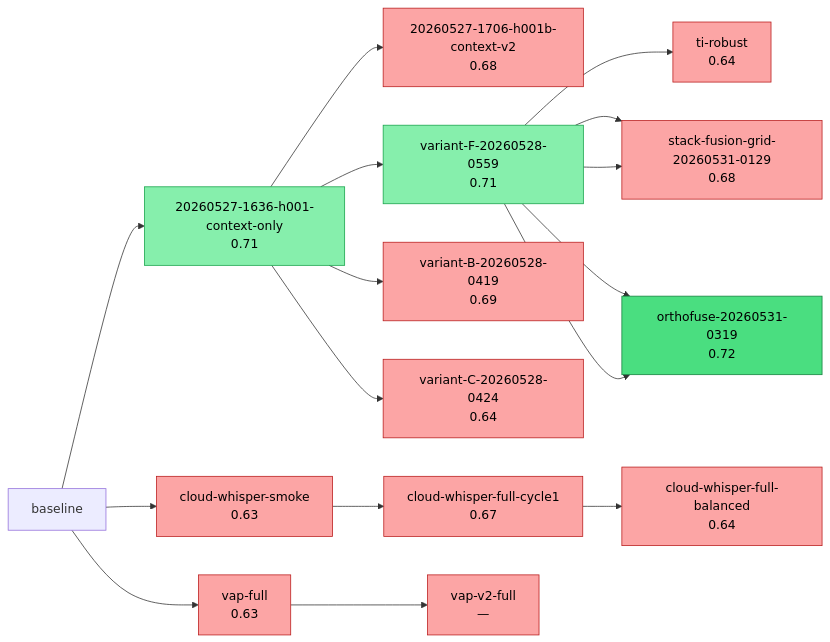
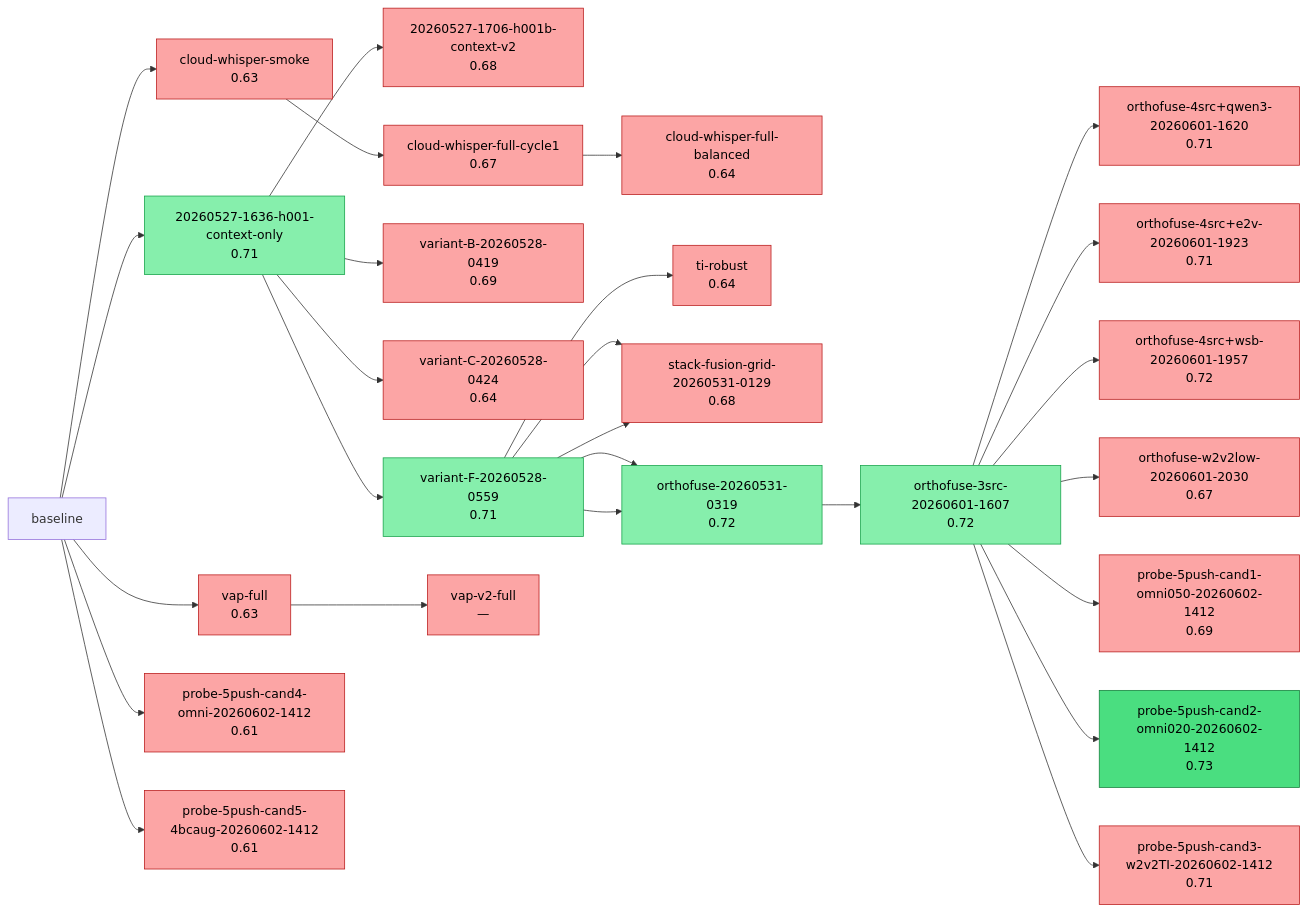
The diagram in docs/status/climb/research-tree.md (uukuguy/Audio-Classifier), drawn with Mermaid before and after one commit. The commit also changed other lines of this file and 33 other files, not shown here.

````diff
--- a/docs/status/climb/research-tree.md
+++ b/docs/status/climb/research-tree.md
@@ -67,52 +67,82 @@
 ```mermaid
 graph LR
     classDef sota fill:#4ade80,stroke:#15803d,color:#000
     classDef confirmed fill:#86efac,stroke:#16a34a,color:#000
     classDef falsified fill:#fca5a5,stroke:#b91c1c,color:#000
     classDef pending fill:#fde68a,stroke:#a16207,color:#000
     20260527_1636_h001_context_only["20260527-1636-h001-context-only<br/>0.71"]
     class 20260527_1636_h001_context_only confirmed
     20260527_1706_h001b_context_v2["20260527-1706-h001b-context-v2<br/>0.68"]
     class 20260527_1706_h001b_context_v2 falsified
     variant_F_20260528_0559["variant-F-20260528-0559<br/>0.71"]
     class variant_F_20260528_0559 confirmed
     variant_B_20260528_0419["variant-B-20260528-0419<br/>0.69"]
     class variant_B_20260528_0419 falsified
     variant_C_20260528_0424["variant-C-20260528-0424<br/>0.64"]
     class variant_C_20260528_0424 falsified
     cloud_whisper_smoke["cloud-whisper-smoke<br/>0.63"]
     class cloud_whisper_smoke falsified
     cloud_whisper_full_cycle1["cloud-whisper-full-cycle1<br/>0.67"]
     class cloud_whisper_full_cycle1 falsified
     cloud_whisper_full_balanced["cloud-whisper-full-balanced<br/>0.64"]
     class cloud_whisper_full_balanced falsified
     vap_full["vap-full<br/>0.63"]
     class vap_full falsified
     ti_robust["ti-robust<br/>0.64"]
     class ti_robust falsified
     vap_v2_full["vap-v2-full<br/>—"]
     class vap_v2_full falsified
     stack_fusion_grid_20260531_0129["stack-fusion-grid-20260531-0129<br/>0.68"]
     class stack_fusion_grid_20260531_0129 falsified
     orthofuse_20260531_0319["orthofuse-20260531-0319<br/>0.72"]
-    class orthofuse_20260531_0319 sota
+    class orthofuse_20260531_0319 confirmed
     stack_fusion_grid_20260531_0129["stack-fusion-grid-20260531-0129<br/>0.68"]
     class stack_fusion_grid_20260531_0129 falsified
     orthofuse_20260531_0319["orthofuse-20260531-0319<br/>0.72"]
-    class orthofuse_20260531_0319 sota
+    class orthofuse_20260531_0319 confirmed
+    orthofuse_3src_20260601_1607["orthofuse-3src-20260601-1607<br/>0.72"]
+    class orthofuse_3src_20260601_1607 confirmed
+    orthofuse_4src_qwen3_20260601_1620["orthofuse-4src+qwen3-20260601-1620<br/>0.71"]
+    class orthofuse_4src_qwen3_20260601_1620 falsified
+    orthofuse_4src_e2v_20260601_1923["orthofuse-4src+e2v-20260601-1923<br/>0.71"]
+    class orthofuse_4src_e2v_20260601_1923 falsified
+    orthofuse_4src_wsb_20260601_1957["orthofuse-4src+wsb-20260601-1957<br/>0.72"]
+    class orthofuse_4src_wsb_20260601_1957 falsified
+    orthofuse_w2v2low_20260601_2030["orthofuse-w2v2low-20260601-2030<br/>0.67"]
+    class orthofuse_w2v2low_20260601_2030 falsified
+    probe_5push_cand1_omni050_20260602_1412["probe-5push-cand1-omni050-20260602-1412<br/>0.69"]
+    class probe_5push_cand1_omni050_20260602_1412 falsified
+    probe_5push_cand2_omni020_20260602_1412["probe-5push-cand2-omni020-20260602-1412<br/>0.73"]
+    class probe_5push_cand2_omni020_20260602_1412 sota
+    probe_5push_cand3_w2v2TI_20260602_1412["probe-5push-cand3-w2v2TI-20260602-1412<br/>0.71"]
+    class probe_5push_cand3_w2v2TI_20260602_1412 falsified
+    probe_5push_cand4_omni_20260602_1412["probe-5push-cand4-omni-20260602-1412<br/>0.61"]
+    class probe_5push_cand4_omni_20260602_1412 falsified
+    probe_5push_cand5_4bcaug_20260602_1412["probe-5push-cand5-4bcaug-20260602-1412<br/>0.61"]
+    class probe_5push_cand5_4bcaug_20260602_1412 falsified
     baseline --> 20260527_1636_h001_context_only
     20260527_1636_h001_context_only --> 20260527_1706_h001b_context_v2
     20260527_1636_h001_context_only --> variant_F_20260528_0559
     20260527_1636_h001_context_only --> variant_B_20260528_0419
     20260527_1636_h001_context_only --> variant_C_20260528_0424
     baseline --> cloud_whisper_smoke
     cloud_whisper_smoke --> cloud_whisper_full_cycle1
     cloud_whisper_full_cycle1 --> cloud_whisper_full_balanced
     baseline --> vap_full
     variant_F_20260528_0559 --> ti_robust
     vap_full --> vap_v2_full
     variant_F_20260528_0559 --> stack_fusion_grid_20260531_0129
     variant_F_20260528_0559 --> orthofuse_20260531_0319
     variant_F_20260528_0559 --> stack_fusion_grid_20260531_0129
     variant_F_20260528_0559 --> orthofuse_20260531_0319
+    orthofuse_20260531_0319 --> orthofuse_3src_20260601_1607
+    orthofuse_3src_20260601_1607 --> orthofuse_4src_qwen3_20260601_1620
+    orthofuse_3src_20260601_1607 --> orthofuse_4src_e2v_20260601_1923
+    orthofuse_3src_20260601_1607 --> orthofuse_4src_wsb_20260601_1957
+    orthofuse_3src_20260601_1607 --> orthofuse_w2v2low_20260601_2030
+    orthofuse_3src_20260601_1607 --> probe_5push_cand1_omni050_20260602_1412
+    orthofuse_3src_20260601_1607 --> probe_5push_cand2_omni020_20260602_1412
+    orthofuse_3src_20260601_1607 --> probe_5push_cand3_w2v2TI_20260602_1412
+    baseline --> probe_5push_cand4_omni_20260602_1412
+    baseline --> probe_5push_cand5_4bcaug_20260602_1412
 ```
````
